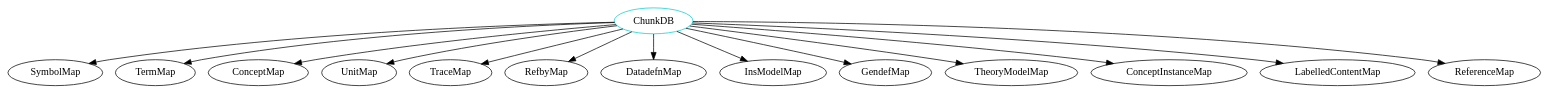
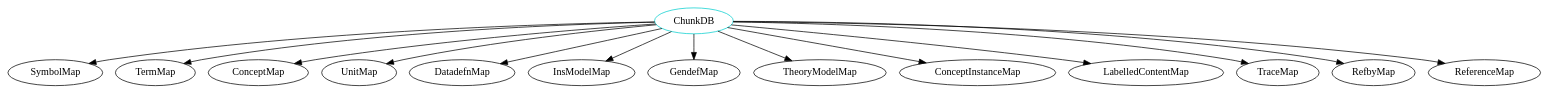
Before and after one commit to JacquesCarette/Drasil: the diagram in analysis/TypeDependencyGraphs/database/ChunkDB.dot, drawn with Graphviz. The commit also changed other lines of this file and 891 other files, not shown here.

```diff
--- a/analysis/TypeDependencyGraphs/database/ChunkDB.dot
+++ b/analysis/TypeDependencyGraphs/database/ChunkDB.dot
@@ -1,16 +1,16 @@
 digraph chunkdb{
 ChunkDB	[shape=oval, color=cyan3, label="ChunkDB"];
 ChunkDB -> SymbolMap;
 ChunkDB -> TermMap;
 ChunkDB -> ConceptMap;
 ChunkDB -> UnitMap;
-ChunkDB -> TraceMap;
-ChunkDB -> RefbyMap;
 ChunkDB -> DatadefnMap;
 ChunkDB -> InsModelMap;
 ChunkDB -> GendefMap;
 ChunkDB -> TheoryModelMap;
 ChunkDB -> ConceptInstanceMap;
 ChunkDB -> LabelledContentMap;
+ChunkDB -> TraceMap;
+ChunkDB -> RefbyMap;
 ChunkDB -> ReferenceMap;
 }
```
